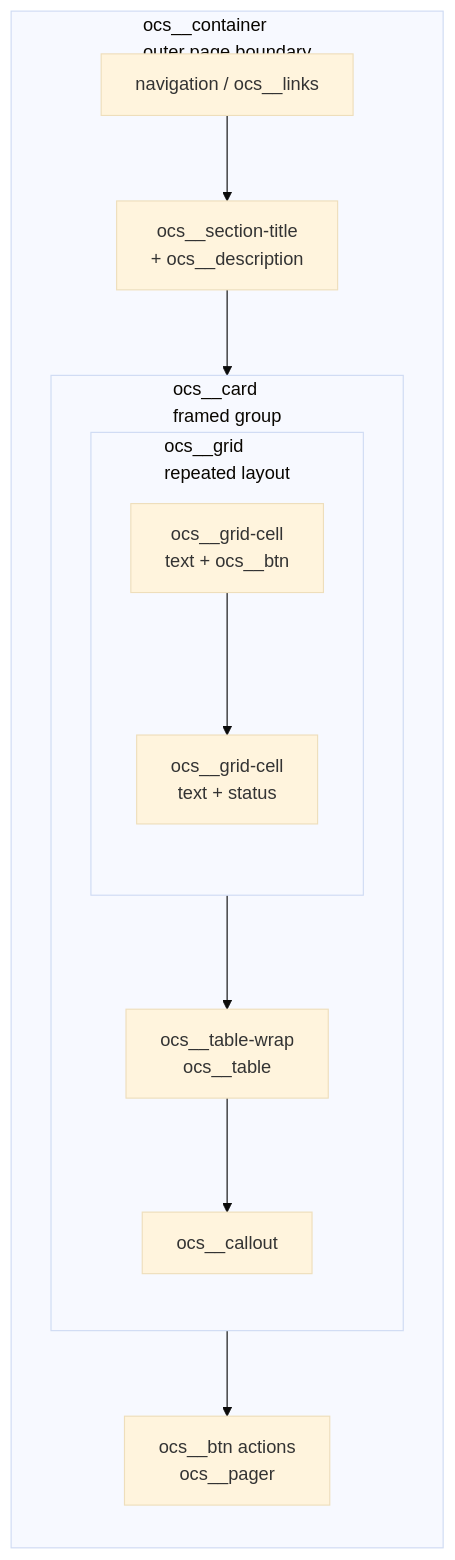
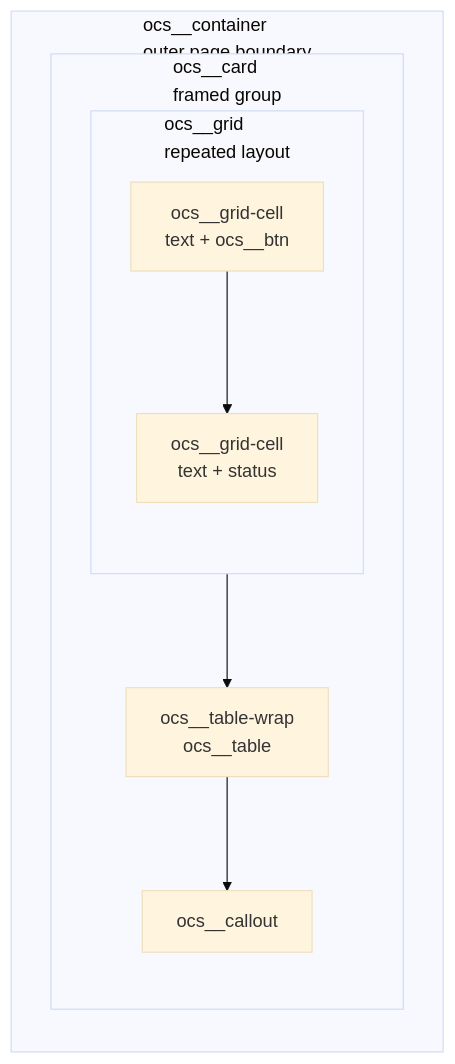
Before and after one commit to psai-github/pages: the diagram in _projects/lessons/sass/navigation/containers.md, drawn with Mermaid (base theme).

Commit message:
Refactor OCS SASS Containers Grammar: Remove unnecessary elements from flowchart for clarity

````diff
--- a/_projects/lessons/sass/navigation/containers.md
+++ b/_projects/lessons/sass/navigation/containers.md
@@ -23,22 +23,18 @@
 ```mermaid
 flowchart TB
     subgraph container["ocs__container<br/>outer page boundary"]
         direction TB
-        nav["navigation / ocs__links"]
-        heading["ocs__section-title<br/>+ ocs__description"]
         subgraph card["ocs__card<br/>framed group"]
             direction TB
             subgraph grid["ocs__grid<br/>repeated layout"]
                 direction TB
                 cell1["ocs__grid-cell<br/>text + ocs__btn"]
                 cell2["ocs__grid-cell<br/>text + status"]
             end
             tablewrap["ocs__table-wrap<br/>ocs__table"]
             callout["ocs__callout"]
         end
-        actions["ocs__btn actions<br/>ocs__pager"]
-        nav --> heading --> card --> actions
         grid --> tablewrap --> callout
         cell1 --> cell2
     end
 ```
````
